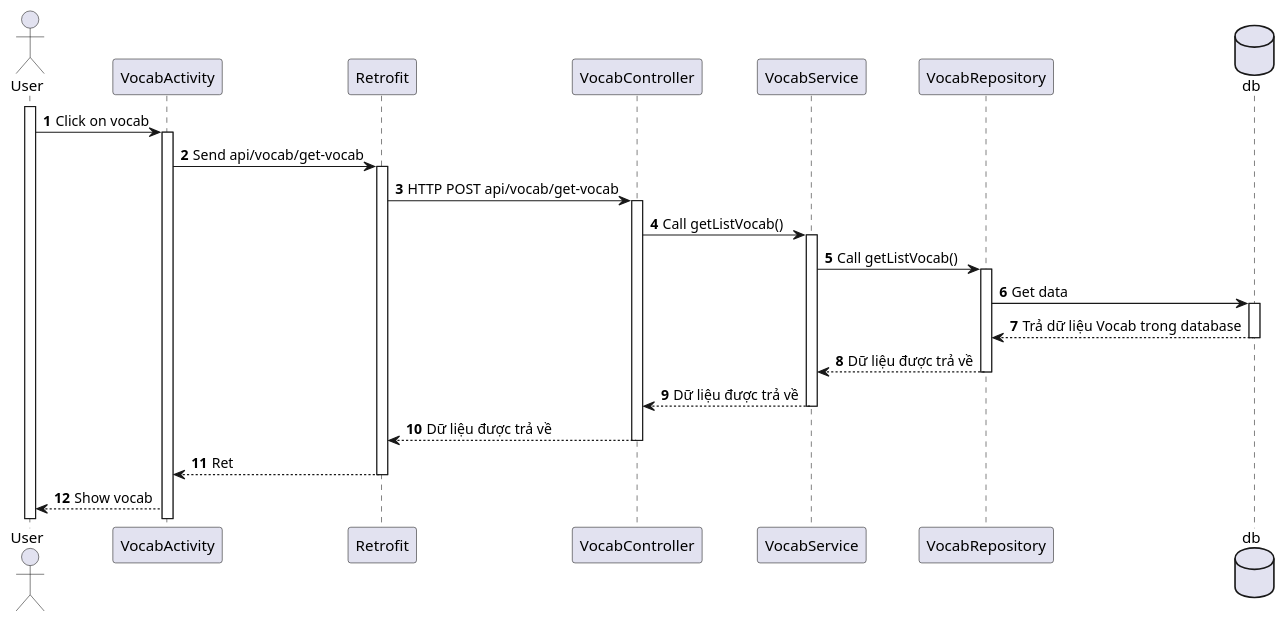
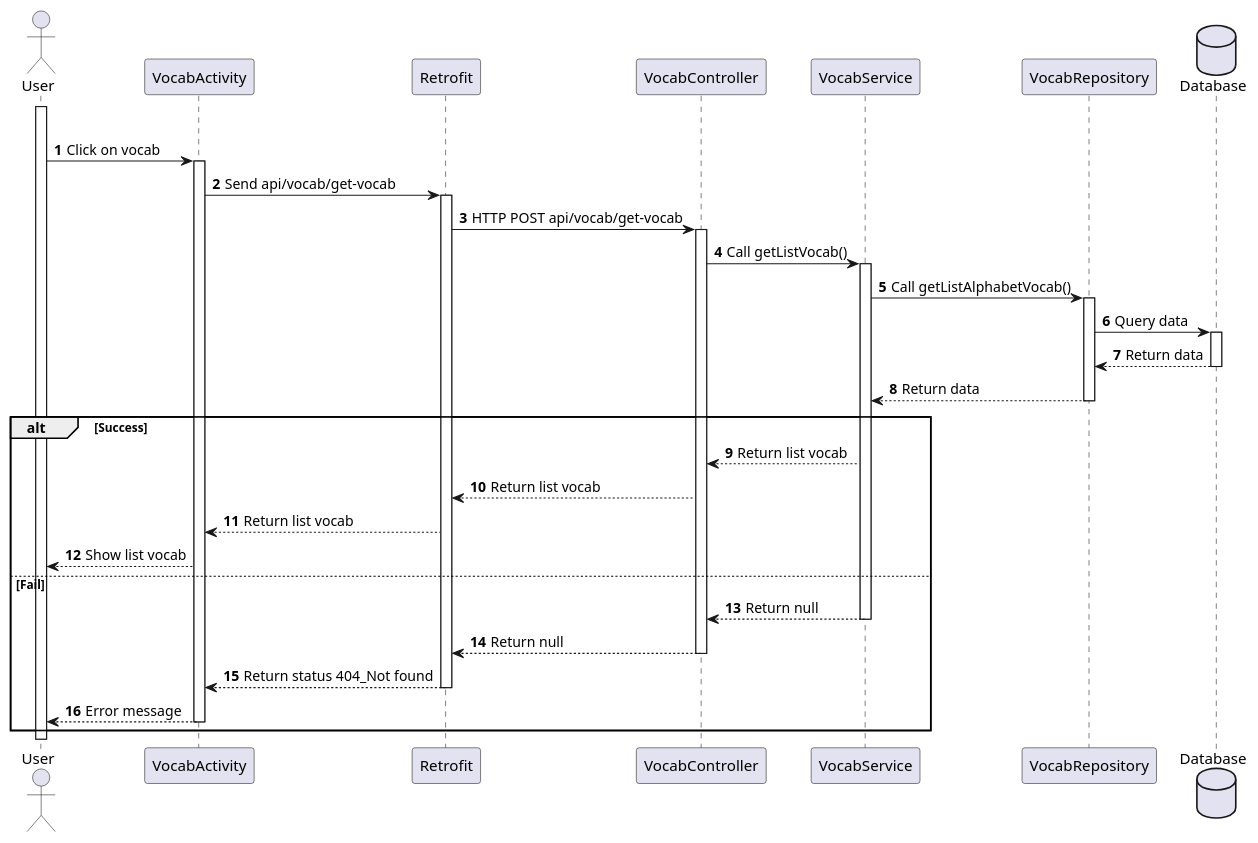
One commit to Annthe160639/japanese-app changed the diagram in japanese-app/plant_uml/vocab/Vocab_List.puml. Above: the diagram before and after it, drawn with PlantUML. The commit also changed 7 other files, not shown here.

Commit message:
update sequence

```diff
--- a/japanese-app/plant_uml/vocab/Vocab_List.puml
+++ b/japanese-app/plant_uml/vocab/Vocab_List.puml
@@ -1,34 +1,41 @@
 @startuml
 'https://plantuml.com/sequence-diagram
 
+autonumber
+
 actor User
 
-participant VocabActivity as Activity
-participant Retrofit
-participant VocabController as Controller
-participant VocabService as Service
-participant VocabRepository as Repository
+participant "VocabActivity" as Vocab
+participant "Retrofit" as Retrofit
+participant "VocabController" as Controller
+participant "VocabService" as Service
+participant "VocabRepository" as Repo
 
-database db
-
+database Database
 activate User
-
-autonumber
-
-User -> Activity++: Click on vocab
-Activity -> Retrofit++: Send api/vocab/get-vocab
+alt Success
+User -> Vocab++: Click on vocab
+Vocab -> Retrofit++: Send api/vocab/get-vocab
 Retrofit -> Controller++: HTTP POST api/vocab/get-vocab
 Controller -> Service++: Call getListVocab()
-Service -> Repository++: Call getListVocab()
-Repository -> db++: Get data
+Service -> Repo++: Call getListAlphabetVocab()
+Repo -> Database++: Query data
+Database-->Repo--: Return data
+Repo-->Service--: Return data
+alt Success
 
-db-->Repository--: Trả dữ liệu Vocab trong database
-Repository-->Service--: Dữ liệu được trả về
-Service-->Controller--: Dữ liệu được trả về
-Controller-->Retrofit--: Dữ liệu được trả về
-Retrofit-->Activity--: Ret
-Activity-->User: Show vocab
+Service-->Controller: Return list vocab
+Controller-->Retrofit: Return list vocab
+Retrofit --> Vocab: Return list vocab
+Vocab --> User: Show list vocab
 
+else Fail
+
+Service-->Controller--: Return null
+Controller-->Retrofit--: Return null
+Retrofit --> Vocab--: Return status 404_Not found
+Vocab --> User--: Error message
+end
 
 
 @enduml
```
